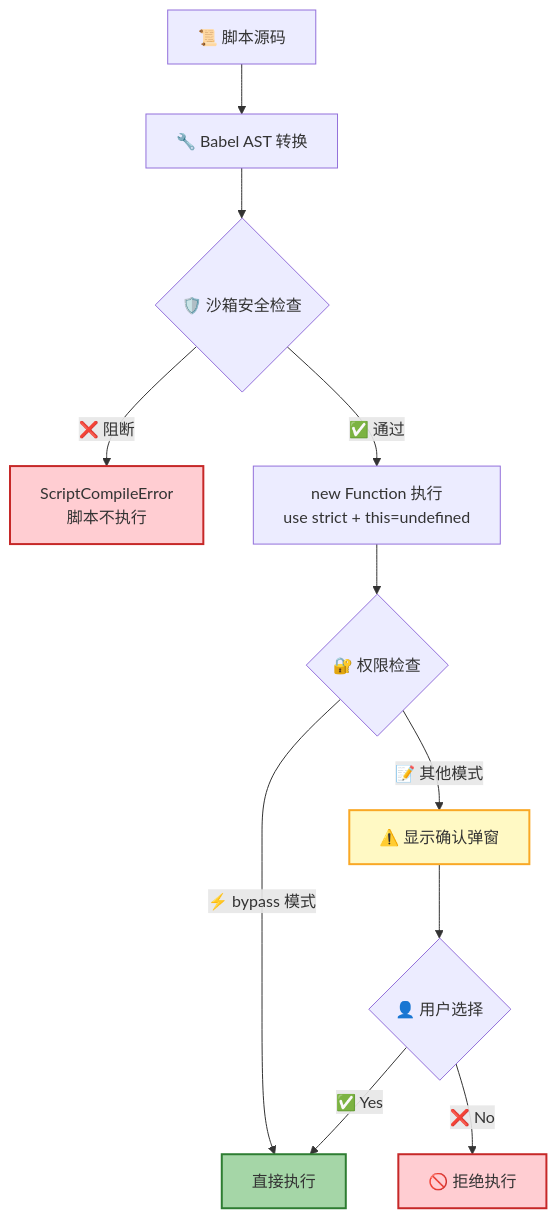
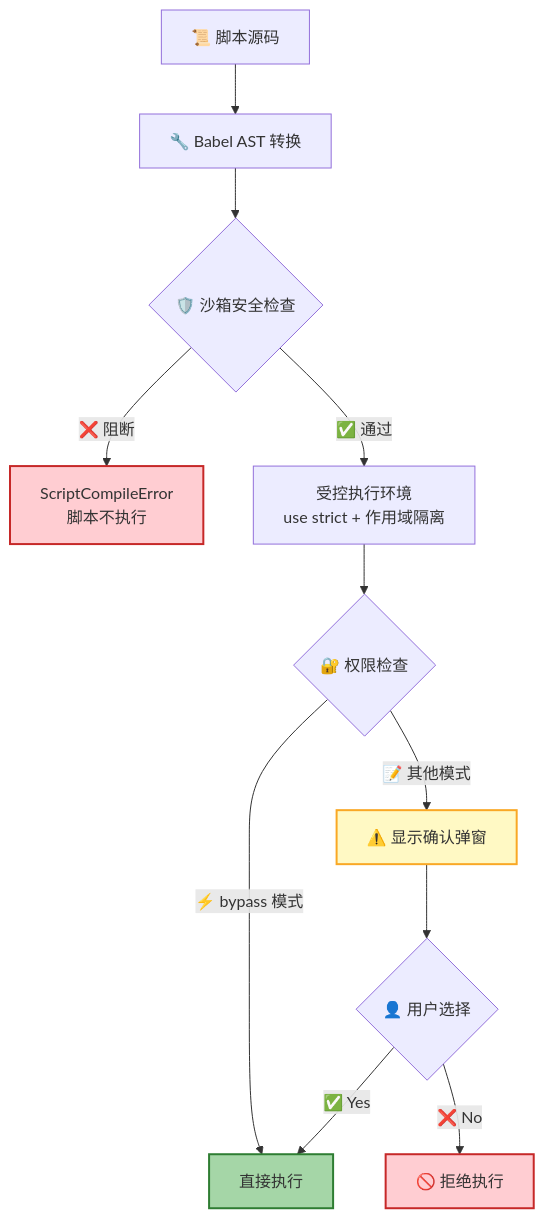
One commit to rtc-agent/docs changed the fifth of 6 diagrams in src/content/docs/concepts/script-engine.md. Above: the diagram before and after it, drawn with Mermaid. The commit also changed other lines of this file and 60 other files, not shown here.

First line of the commit message:
docs(site): refresh documentation with new sections and improved diagrams

````diff
--- a/src/content/docs/concepts/script-engine.md
+++ b/src/content/docs/concepts/script-engine.md
@@ -163,18 +164,18 @@
 ```mermaid
 flowchart TD
     A["📜 脚本源码"] --> B["🔧 Babel AST 转换"]
     B --> C{"🛡️ 沙箱安全检查"}
     C -->|"❌ 阻断"| D["ScriptCompileError<br/>脚本不执行"]
-    C -->|"✅ 通过"| E["new Function 执行<br/>use strict + this=undefined"]
+    C -->|"✅ 通过"| E["受控执行环境<br/>use strict + 作用域隔离"]
     E --> F{"🔐 权限检查"}
     F -->|"⚡ bypass 模式"| G["直接执行"]
     F -->|"📝 其他模式"| H["⚠️ 显示确认弹窗"]
     H --> I{"👤 用户选择"}
     I -->|"✅ Yes"| G
     I -->|"❌ No"| J["🚫 拒绝执行"]
 
     style D fill:#ffcdd2,stroke:#c62828,stroke-width:2px
     style G fill:#a5d6a7,stroke:#2e7d32,stroke-width:2px
     style H fill:#fff9c4,stroke:#f9a825,stroke-width:2px
     style J fill:#ffcdd2,stroke:#c62828,stroke-width:2px
 ```
````
